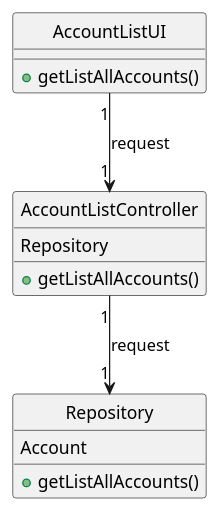
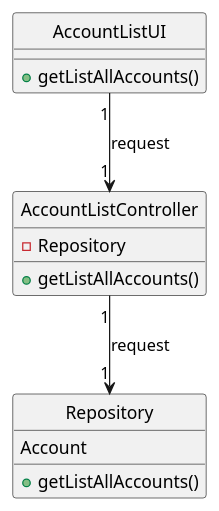
The diagram in docs/modelling_design/user_stories/us004/US004_Class_Diagram.puml (Loracline/project_switch_22-23), drawn with PlantUML before and after one commit. The commit also changed 8 other files, not shown here.

Commit message:
US001,002,003,004,005,006: Design:  -Refinement of class diagrams  -Refinement US005 and US006 sequence diagrams;  -Refinement of system sequence diagram;

```diff
--- a/docs/modelling_design/user_stories/us004/US004_Class_Diagram.puml
+++ b/docs/modelling_design/user_stories/us004/US004_Class_Diagram.puml
@@ -1,21 +1,21 @@
 @startuml
 
 class "AccountListUI"{
 +getListAllAccounts()
 }
 class "AccountListController" {
-Repository
+-Repository
 +getListAllAccounts()
 }
 class "Repository"{
 Account
 +getListAllAccounts()
 }
 
 "AccountListUI" "1" --> "1" "AccountListController":request
 "AccountListController" "1" --> "1" "Repository":request
 hide "AccountListUI" circle
 hide "AccountListController" circle
 hide "Repository" circle
 
 @enduml
```
